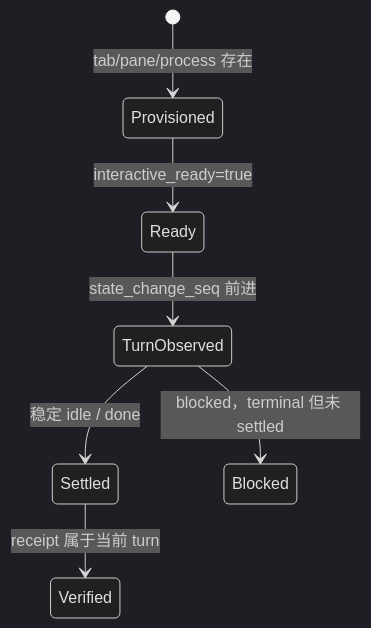
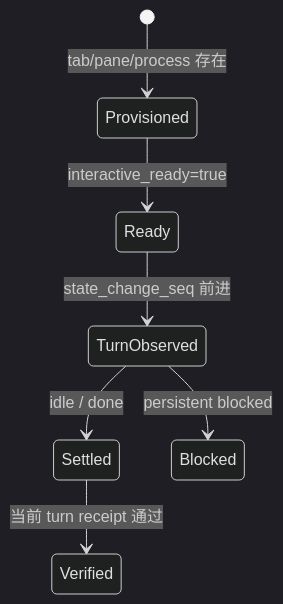
Before and after one commit to oldwinter/herdr-orchestrator: the diagram in droid-wiki/how-to-contribute/debugging.md, drawn with Mermaid (dark theme). The commit also changed other lines of this file and 62 other files, not shown here.

````diff
--- a/droid-wiki/how-to-contribute/debugging.md
+++ b/droid-wiki/how-to-contribute/debugging.md
@@ -11,9 +10,9 @@
 ```mermaid
 stateDiagram-v2
     [*] --> Provisioned: tab/pane/process 存在
     Provisioned --> Ready: interactive_ready=true
     Ready --> TurnObserved: state_change_seq 前进
-    TurnObserved --> Settled: 稳定 idle / done
-    TurnObserved --> Blocked: blocked，terminal 但未 settled
-    Settled --> Verified: receipt 属于当前 turn
+    TurnObserved --> Settled: idle / done
+    TurnObserved --> Blocked: persistent blocked
+    Settled --> Verified: 当前 turn receipt 通过
 ```
````
